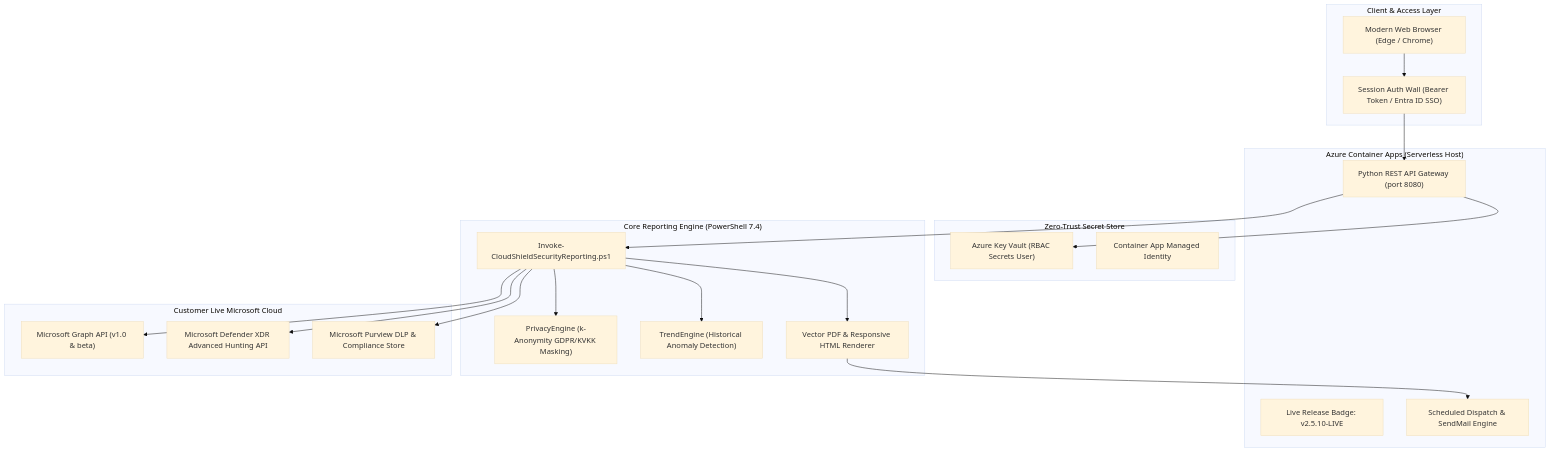
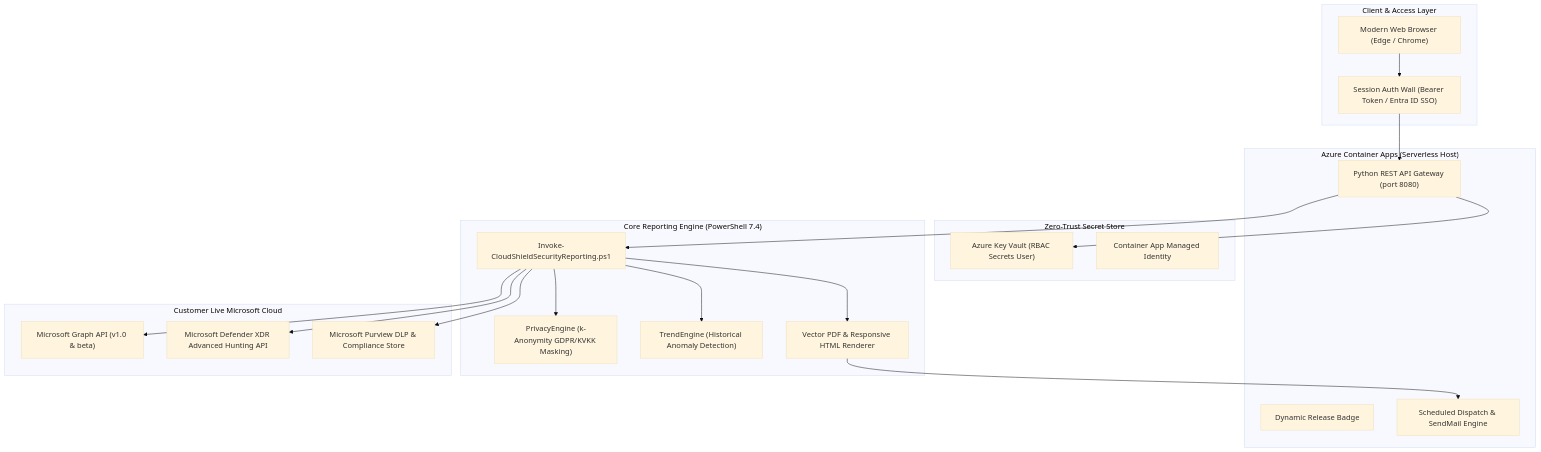
One commit to canercetinkaya/cloudshield-mssp-portal changed the diagram in README.md. Above: the diagram before and after it, drawn with Mermaid (base theme). The commit also changed other lines of this file and 25 other files, not shown here.

````diff
--- a/README.md
+++ b/README.md
@@ -33,43 +33,43 @@
 ```mermaid
 flowchart TD
     subgraph ClientLayer ["Client & Access Layer"]
         Browser["Modern Web Browser (Edge / Chrome)"]
         AuthWall["Session Auth Wall (Bearer Token / Entra ID SSO)"]
     end
 
     subgraph PortalLayer ["Azure Container Apps (Serverless Host)"]
         WebServer["Python REST API Gateway (port 8080)"]
-        VersionBadge["Live Release Badge: v2.5.10-LIVE"]
+        VersionBadge["Dynamic Release Badge"]
         ReportDispatcher["Scheduled Dispatch & SendMail Engine"]
     end
 
     subgraph SecurityVault ["Zero-Trust Secret Store"]
         AKV["Azure Key Vault (RBAC Secrets User)"]
         ManagedIdentity["Container App Managed Identity"]
     end
 
     subgraph EngineLayer ["Core Reporting Engine (PowerShell 7.4)"]
         EngineMain["Invoke-CloudShieldSecurityReporting.ps1"]
         PrivacyEngine["PrivacyEngine (k-Anonymity GDPR/KVKK Masking)"]
         TrendEngine["TrendEngine (Historical Anomaly Detection)"]
         Renderer["Vector PDF & Responsive HTML Renderer"]
     end
 
     subgraph MicrosoftCloud ["Customer Live Microsoft Cloud"]
         GraphAPI["Microsoft Graph API (v1.0 & beta)"]
         DefenderAPI["Microsoft Defender XDR Advanced Hunting API"]
         PurviewDLP["Microsoft Purview DLP & Compliance Store"]
     end
 
     Browser --> AuthWall
     AuthWall --> WebServer
     WebServer --> AKV
     WebServer --> EngineMain
     EngineMain --> PrivacyEngine
     EngineMain --> TrendEngine
     EngineMain --> Renderer
     EngineMain --> GraphAPI
     EngineMain --> DefenderAPI
     EngineMain --> PurviewDLP
     Renderer --> ReportDispatcher
 ```
````
